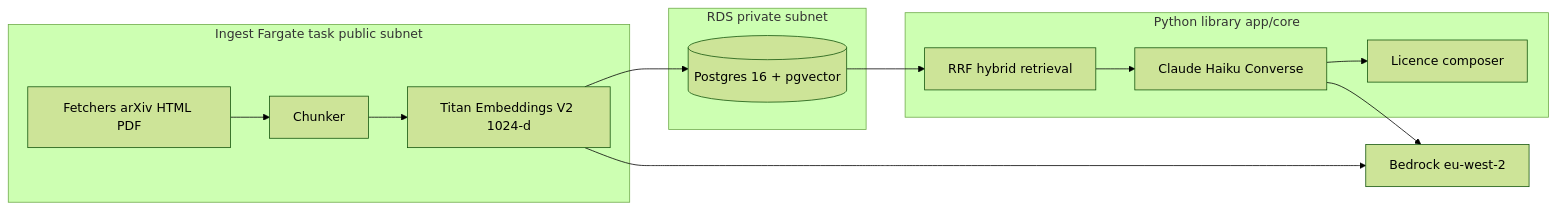
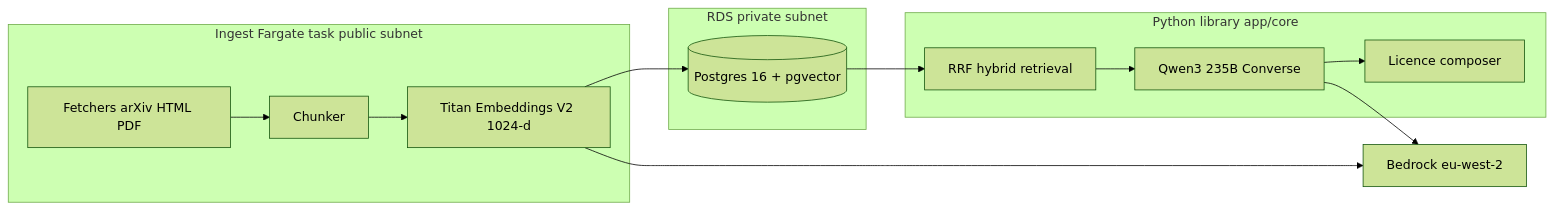
The diagram in docs/phase-1-architecture.md (WaiteM124/rag-platform), drawn with Mermaid (forest theme) before and after one commit. The commit also changed other lines of this file and 14 other files, not shown here.

````diff
--- a/docs/phase-1-architecture.md
+++ b/docs/phase-1-architecture.md
@@ -5,25 +5,25 @@
 ```mermaid
 flowchart LR
   subgraph ingest_flow [Ingest Fargate task public subnet]
     Fetch[Fetchers arXiv HTML PDF]
     Chunk[Chunker]
     Emb[Titan Embeddings V2 1024-d]
     Fetch --> Chunk --> Emb
   end
 
   subgraph data [RDS private subnet]
     PG[(Postgres 16 + pgvector)]
   end
 
   subgraph core [Python library app/core]
     RRF[RRF hybrid retrieval]
-    LLM[Claude Haiku Converse]
+    LLM[Qwen3 235B Converse]
     Lic[Licence composer]
     RRF --> LLM --> Lic
   end
 
   Emb --> PG
   PG --> RRF
   LLM --> Bedrock[Bedrock eu-west-2]
   Emb --> Bedrock
 ```
````
